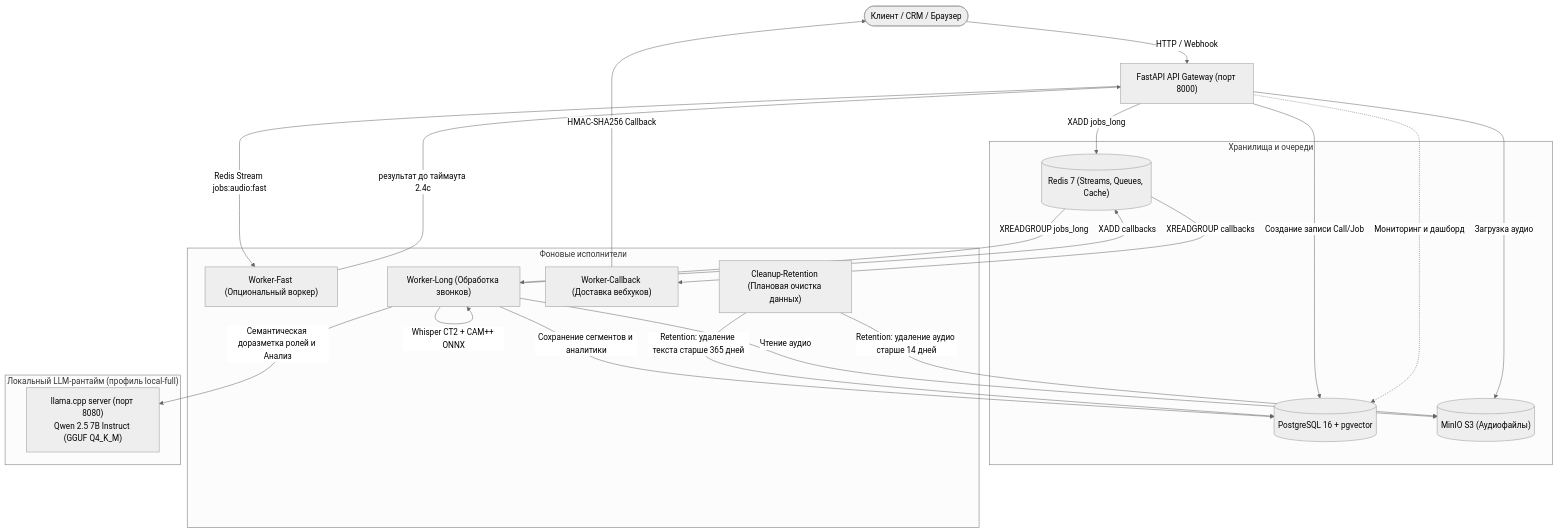
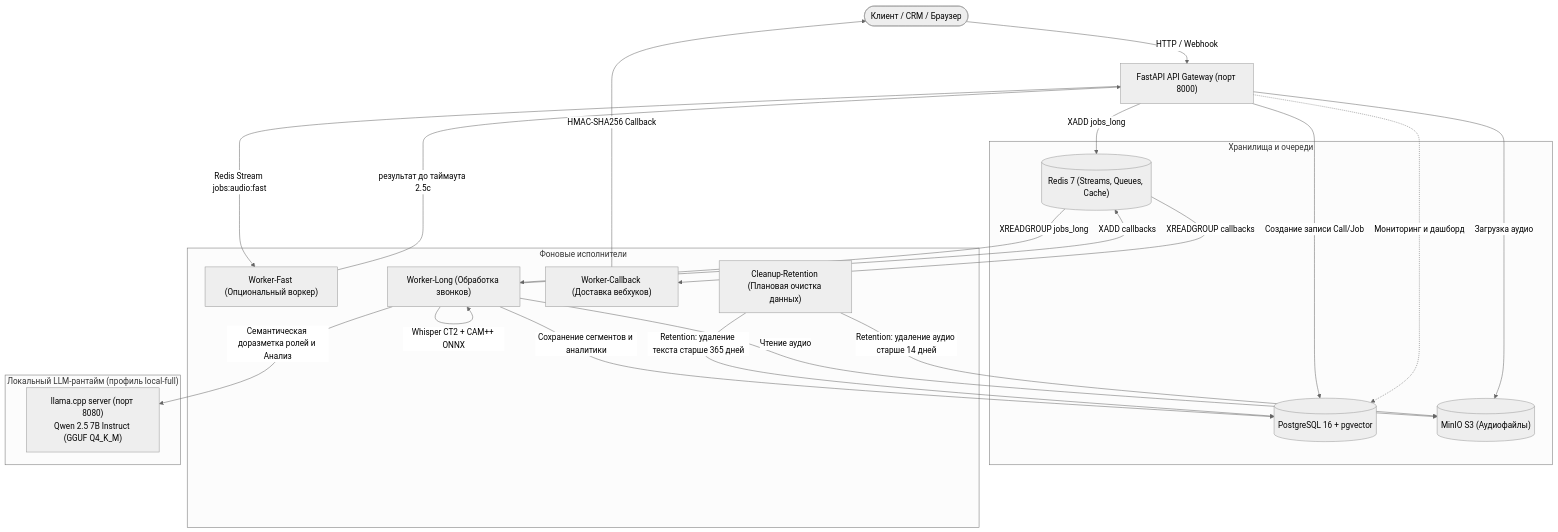
Before and after one commit to zetgame123/apc-speech: the diagram in README.md, drawn with Mermaid (neutral theme). The commit also changed other lines of this file and 5 other files, not shown here.

````diff
--- a/README.md
+++ b/README.md
@@ -38,41 +38,41 @@
 ```mermaid
 flowchart TD
     Client(["Клиент / CRM / Браузер"]) -->|"HTTP / Webhook"| API["FastAPI API Gateway (порт 8000)"]
     
     subgraph Storage ["Хранилища и очереди"]
         PG[("PostgreSQL 16 + pgvector")]
         Redis[("Redis 7 (Streams, Queues, Cache)")]
         MinIO[("MinIO S3 (Аудиофайлы)")]
     end
 
     API -->|"Загрузка аудио"| MinIO
     API -->|"Создание записи Call/Job"| PG
     API -->|"XADD jobs_long"| Redis
     API -->|"Redis Stream jobs:audio:fast"| WF
-    WF -->|"результат до таймаута 2.4с"| API
+    WF -->|"результат до таймаута 2.5с"| API
 
     subgraph Workers ["Фоновые исполнители"]
         WL["Worker-Long (Обработка звонков)"]
         WC["Worker-Callback (Доставка вебхуков)"]
         CR["Cleanup-Retention (Плановая очистка данных)"]
         WF["Worker-Fast (Опциональный воркер)"]
     end
 
     subgraph LLM_Runtime ["Локальный LLM-рантайм (профиль local-full)"]
         LLM["llama.cpp server (порт 8080)<br/>Qwen 2.5 7B Instruct (GGUF Q4_K_M)"]
     end
 
     Redis -->|"XREADGROUP jobs_long"| WL
     Redis -->|"XREADGROUP callbacks"| WC
 
     WL -->|"Чтение аудио"| MinIO
     WL -->|"Whisper CT2 + CAM++ ONNX"| WL
     WL -->|"Семантическая доразметка ролей и Анализ"| LLM
     WL -->|"Сохранение сегментов и аналитики"| PG
     WL -->|"XADD callbacks"| Redis
 
     WC -->|"HMAC-SHA256 Callback"| Client
     CR -->|"Retention: удаление аудио старше 14 дней"| MinIO
     CR -->|"Retention: удаление текста старше 365 дней"| PG
     API -.->|"Мониторинг и дашборд"| PG
 ```
````
